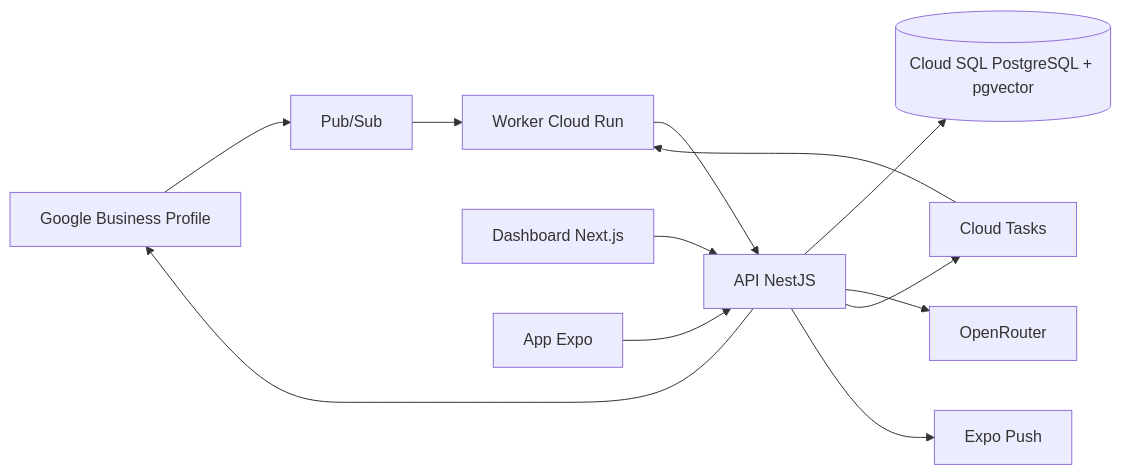
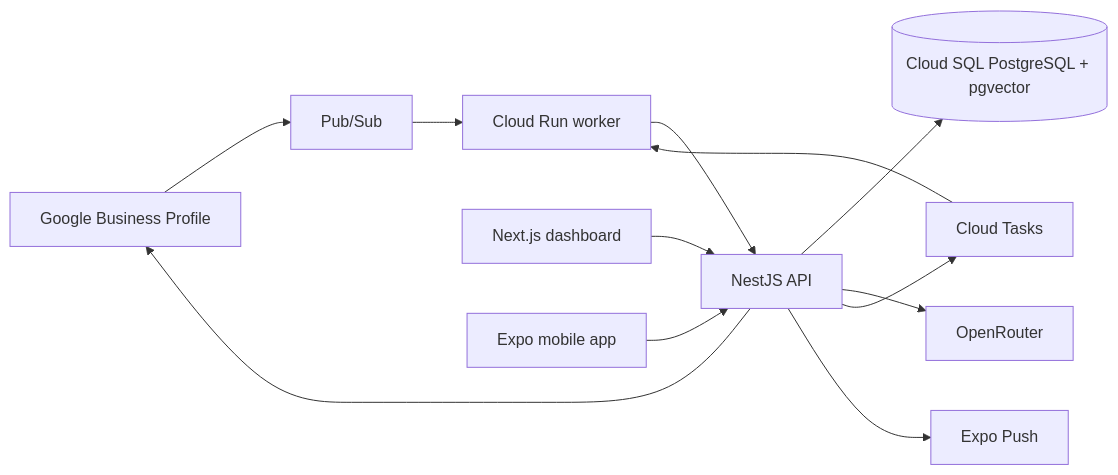
One commit to DevvoLazza/AutoReview changed the first of 2 diagrams in README.md. Above: the diagram before and after it, drawn with Mermaid. The commit also changed other lines of this file, not shown here.

````diff
--- a/README.md
+++ b/README.md
@@ -76,14 +78,14 @@
 ```mermaid
 flowchart LR
     GBP[Google Business Profile] --> PS[Pub/Sub]
-    PS --> W[Worker Cloud Run]
-    W --> API[API NestJS]
-    WEB[Dashboard Next.js] --> API
-    APP[App Expo] --> API
+    PS --> W[Cloud Run worker]
+    W --> API[NestJS API]
+    WEB[Next.js dashboard] --> API
+    APP[Expo mobile app] --> API
     API --> DB[(Cloud SQL PostgreSQL + pgvector)]
     API --> AI[OpenRouter]
     API --> TASKS[Cloud Tasks]
     TASKS --> W
     API --> PUSH[Expo Push]
     API --> GBP
 ```
````
